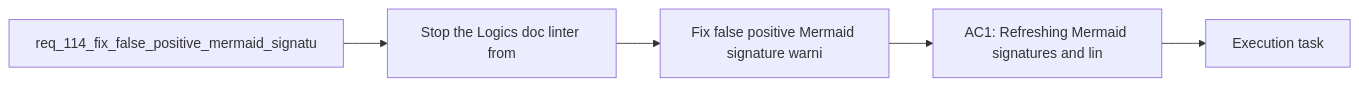
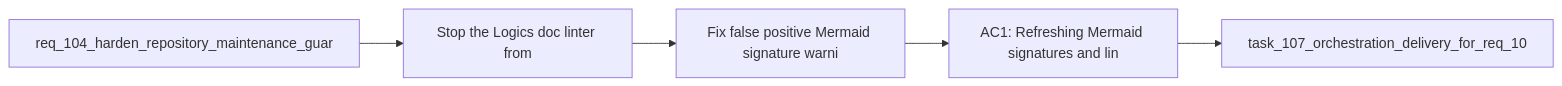
The diagram in logics/backlog/item_201_fix_false_positive_mermaid_signature_warnings_after_signature_refresh.md (AlexAgo83/logics-manager), drawn with Mermaid before and after one commit. The commit also changed other lines of this file and 481 other files, not shown here.

````diff
--- a/logics/backlog/item_201_fix_false_positive_mermaid_signature_warnings_after_signature_refresh.md
+++ b/logics/backlog/item_201_fix_false_positive_mermaid_signature_warnings_after_signature_refresh.md
@@ -23,9 +23,9 @@
 ```mermaid
 %% logics-kind: backlog
 %% logics-signature: backlog|fix-false-positive-mermaid-signature-war|req-104-harden-repository-maintenance-gu|stop-the-logics-doc-linter-from|ac1-refreshing-mermaid-signatures-and-li
 flowchart LR
-    Request[req_114_fix_false_positive_mermaid_signatu] --> Problem[Stop the Logics doc linter from]
+    Request[req_104_harden_repository_maintenance_guar] --> Problem[Stop the Logics doc linter from]
     Problem --> Scope[Fix false positive Mermaid signature warni]
     Scope --> Acceptance[AC1: Refreshing Mermaid signatures and lin]
-    Acceptance --> Tasks[Execution task]
+    Acceptance --> Tasks[task_107_orchestration_delivery_for_req_10]
 ```
````
